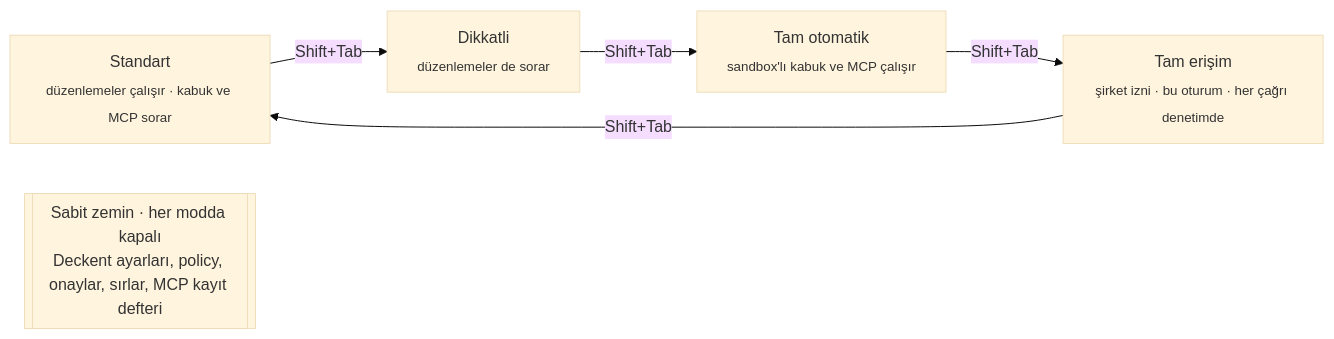
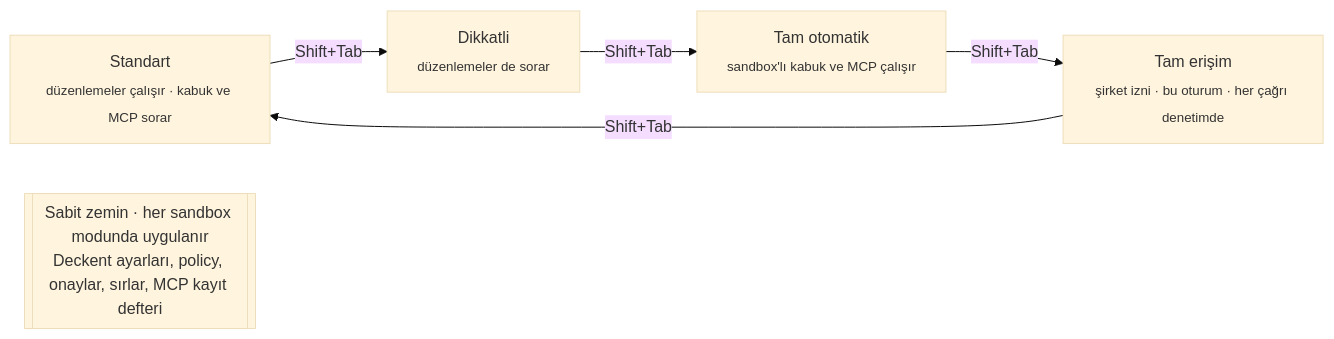
Before and after one commit to Verhex/deckent-next: the third of 5 diagrams in README.tr.md, drawn with Mermaid (base theme). The commit also changed other lines of this file and 7 other files, not shown here.

````diff
--- a/README.tr.md
+++ b/README.tr.md
@@ -180,8 +180,8 @@
 ```mermaid
 flowchart LR
   S["Standart<br/><sub>düzenlemeler çalışır · kabuk ve MCP sorar</sub>"] -->|Shift+Tab| C["Dikkatli<br/><sub>düzenlemeler de sorar</sub>"]
   C -->|Shift+Tab| A["Tam otomatik<br/><sub>sandbox'lı kabuk ve MCP çalışır</sub>"]
   A -->|Shift+Tab| F["Tam erişim<br/><sub>şirket izni · bu oturum · her çağrı denetimde</sub>"]
   F -->|Shift+Tab| S
-  H[["Sabit zemin · her modda kapalı<br/>Deckent ayarları, policy, onaylar, sırlar, MCP kayıt defteri"]]
+  H[["Sabit zemin · her sandbox modunda uygulanır<br/>Deckent ayarları, policy, onaylar, sırlar, MCP kayıt defteri"]]
 ```
````
